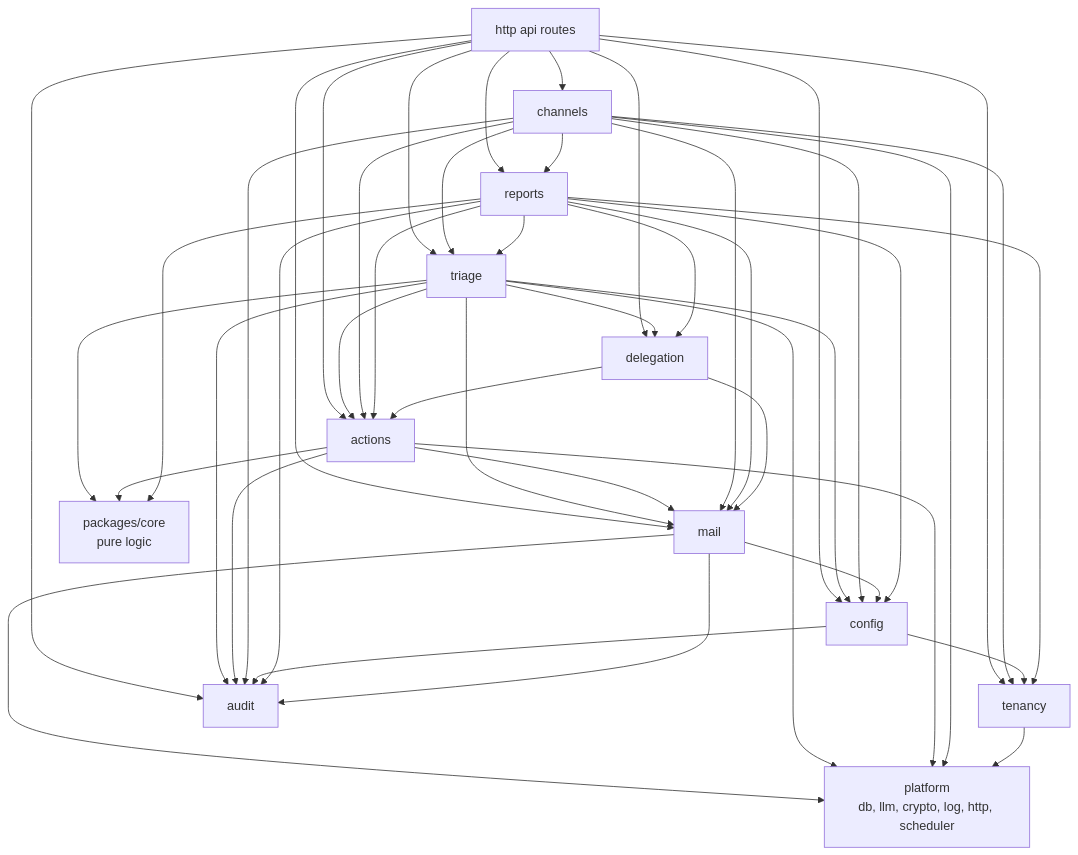
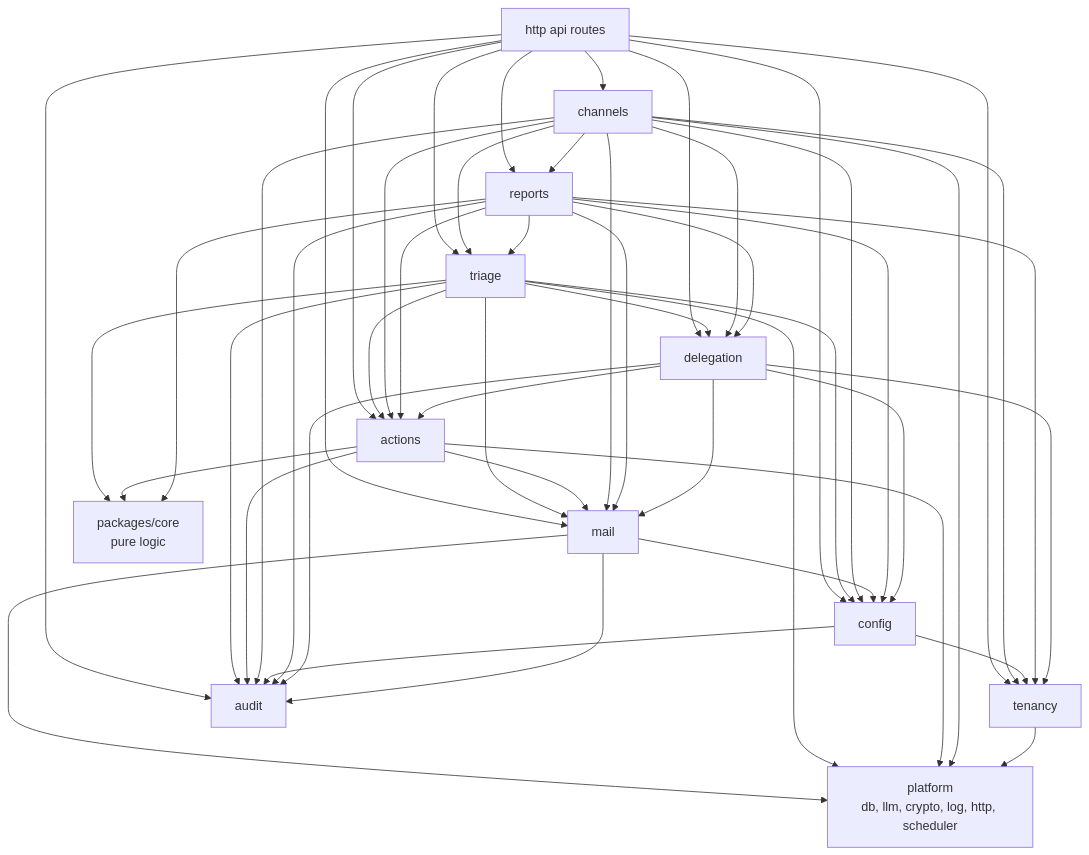
Before and after one commit to Artexs/email_assistant: the second of 2 diagrams in docs/modules.md, drawn with Mermaid. The commit also changed other lines of this file and 17 other files, not shown here.

````diff
--- a/docs/modules.md
+++ b/docs/modules.md
@@ -72,49 +72,53 @@
 ```mermaid
 graph TD
     api[http api routes] --> tenancy
     api --> mail
     api --> config
     api --> actions
     api --> audit
     api --> reports
     api --> triage
     api --> channels
     api --> delegation
     triage --> config
     triage --> mail
     triage --> core
     triage --> delegation
     triage --> actions
     triage --> audit
     actions --> mail
     actions --> audit
     actions --> core
     channels --> actions
+    channels --> delegation
     channels --> reports
     channels --> triage
     channels --> tenancy
     channels --> mail
     channels --> config
     channels --> audit
     config --> tenancy
     config --> audit
     mail --> config
     reports --> tenancy
     reports --> actions
     reports --> triage
     reports --> delegation
     reports --> audit
     reports --> mail
     reports --> config
     reports --> core
     delegation --> actions
     delegation --> mail
+    delegation --> config
+    delegation --> tenancy
+    delegation --> audit
     mail --> audit
     mail --> platform
     triage --> platform
     actions --> platform
     channels --> platform
     tenancy --> platform
     core[packages/core<br/>pure logic]
     platform[platform<br/>db, llm, crypto, log, http, scheduler]
 ```
````
